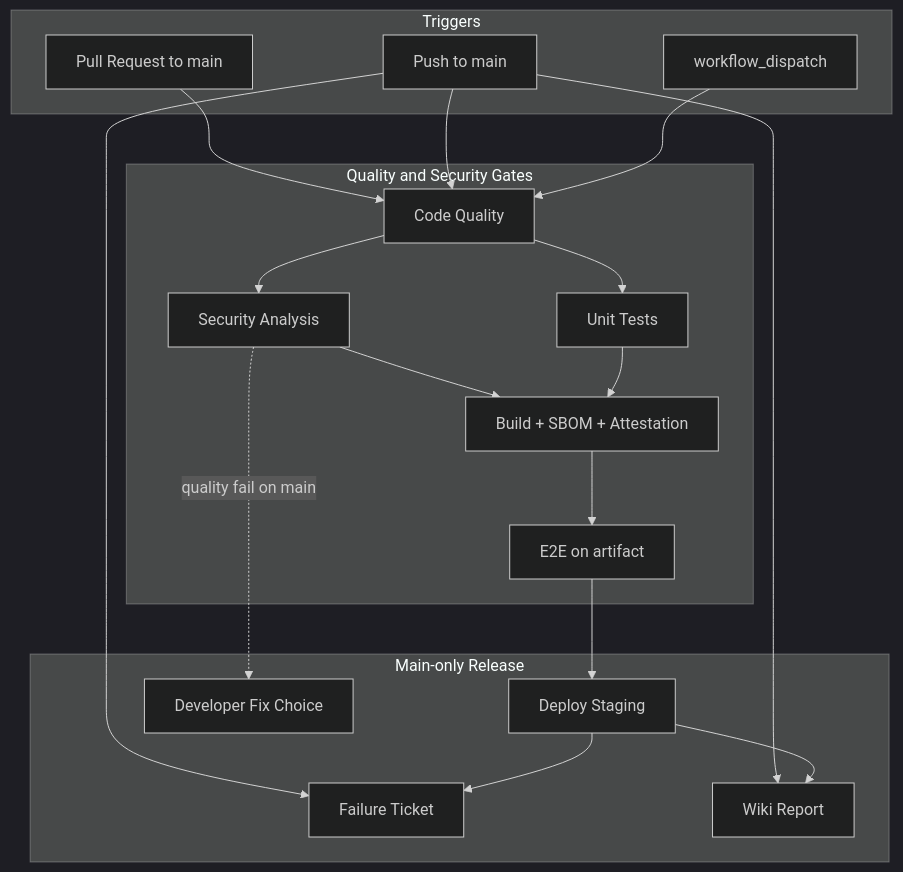
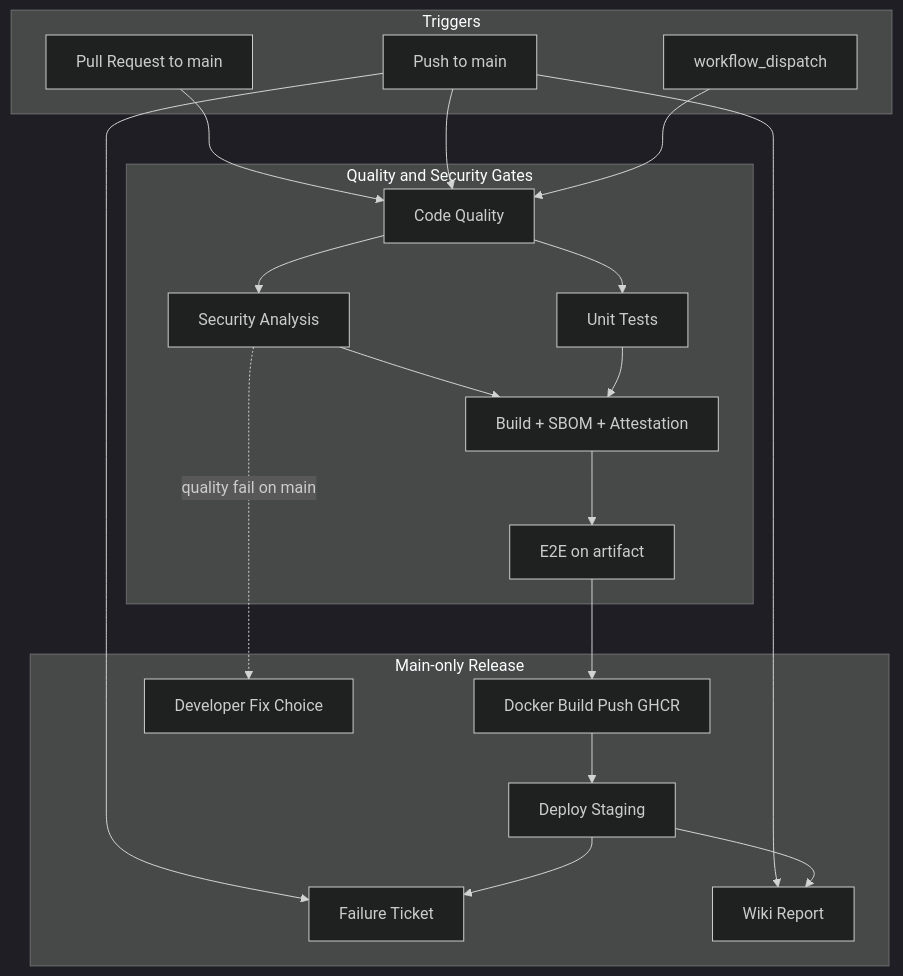
One commit to itspasindu/enterprise-react-cicd-pipeline changed the diagram in docs/CI-CD-PIPELINE.md. Above: the diagram before and after it, drawn with Mermaid (dark theme). The commit also changed other lines of this file and 24 other files, not shown here.

````diff
--- a/docs/CI-CD-PIPELINE.md
+++ b/docs/CI-CD-PIPELINE.md
@@ -57,41 +58,43 @@
 ```mermaid
 flowchart TB
   subgraph triggers [Triggers]
     PR[Pull Request to main]
     PUSH[Push to main]
     MANUAL[workflow_dispatch]
   end
 
   subgraph gates [Quality and Security Gates]
     Q[Code Quality]
     S[Security Analysis]
     U[Unit Tests]
     B[Build + SBOM + Attestation]
     E[E2E on artifact]
   end
 
   subgraph release [Main-only Release]
+    IMG[Docker Build Push GHCR]
     D[Deploy Staging]
     T[Failure Ticket]
     W[Wiki Report]
     F[Developer Fix Choice]
   end
 
   PR --> Q
   PUSH --> Q
   MANUAL --> Q
 
   Q --> S
   Q --> U
   S --> B
   U --> B
   B --> E
 
-  E --> D
+  E --> IMG
+  IMG --> D
   PUSH --> T
   PUSH --> W
   S -.quality fail on main.-> F
 
   D --> T
   D --> W
 ```
````
